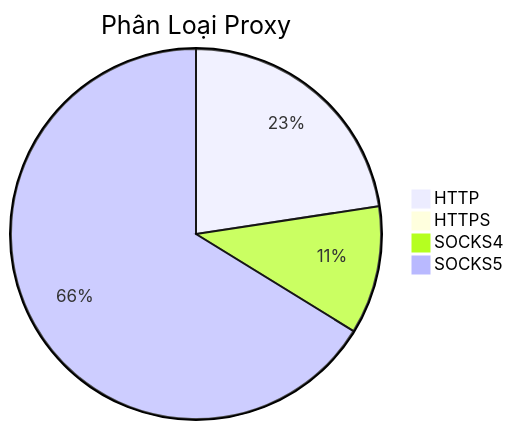
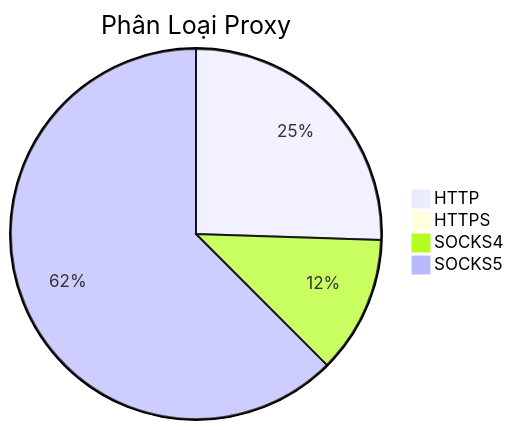
Before and after one commit to Ciara-Aa/PROXY-free: the diagram in README.md, drawn with Mermaid. The commit also changed other lines of this file and 4 other files, not shown here.

````diff
--- a/README.md
+++ b/README.md
@@ -26,7 +26,7 @@
 ```mermaid
 pie title Phân Loại Proxy
-    "HTTP" : 525
-    "HTTPS" : 4
-    "SOCKS4" : 260
-    "SOCKS5" : 1538
+    "HTTP" : 617
+    "HTTPS" : 2
+    "SOCKS4" : 290
+    "SOCKS5" : 1511
 ```
````
